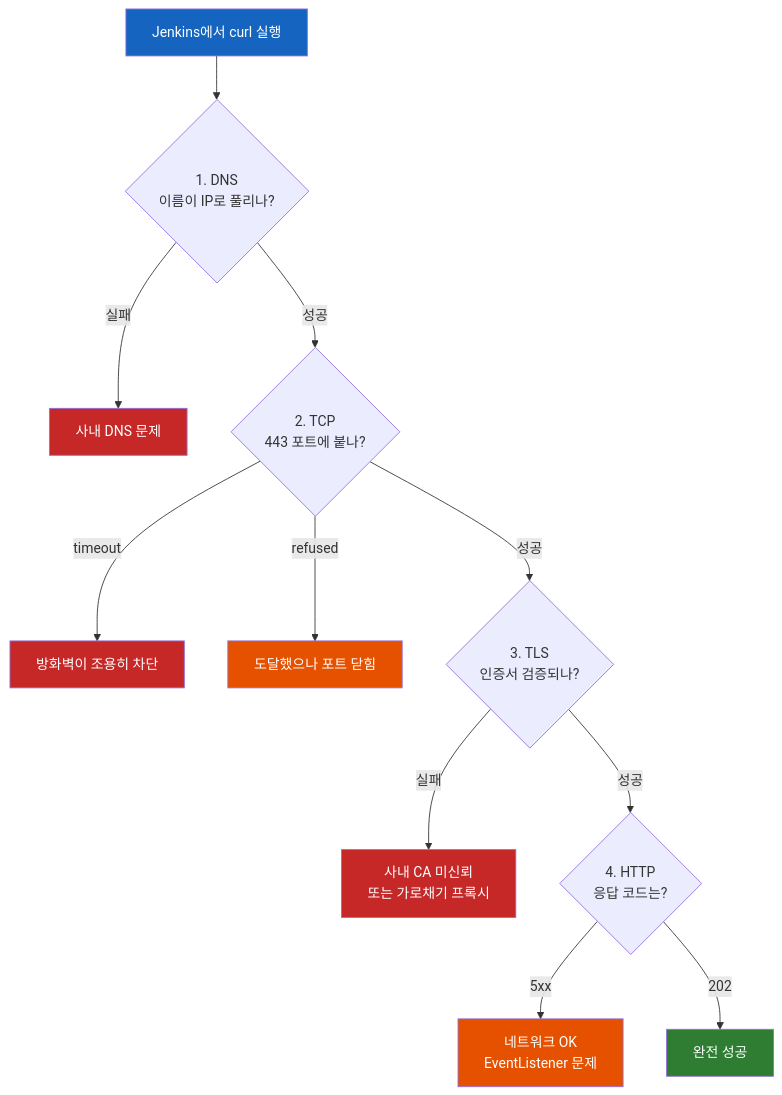
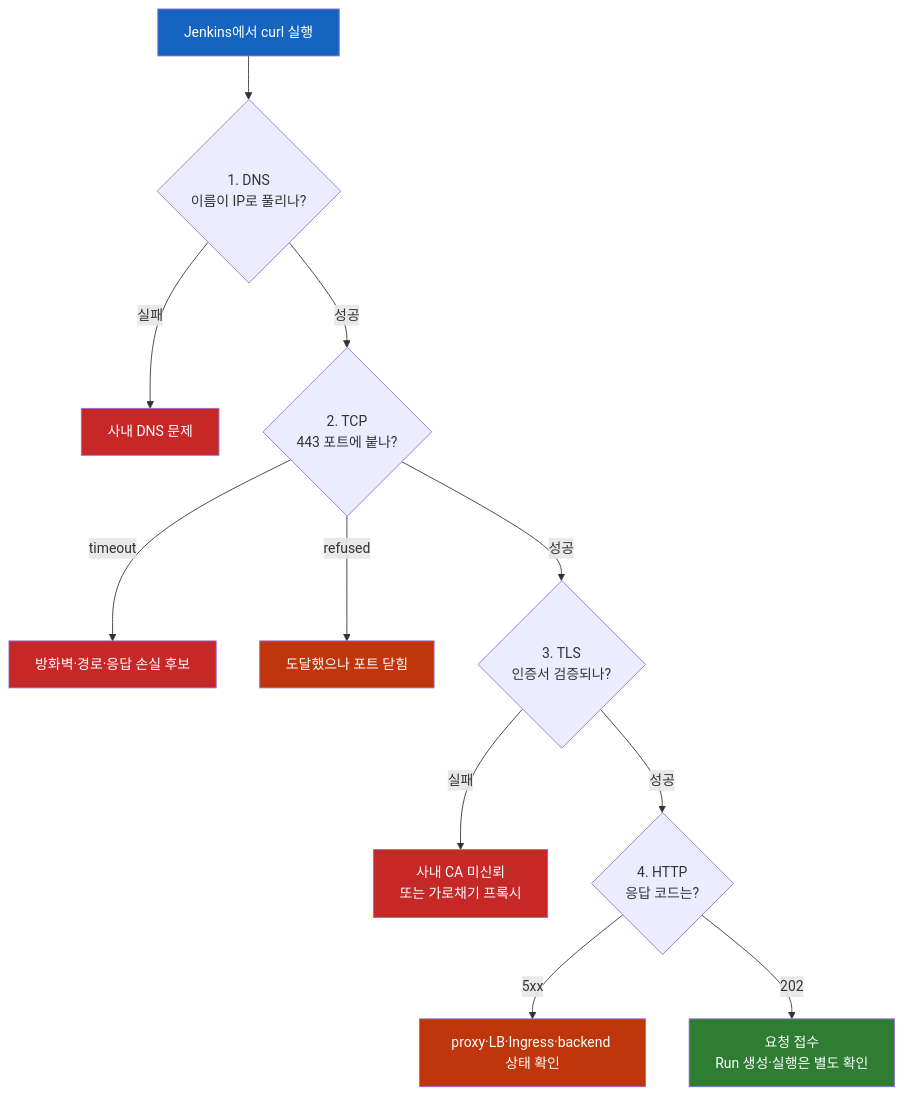
One commit to sskim91/TIL changed the second of 3 diagrams in kubernetes/Jenkins-Job에서-Tekton-EventListener로-webhook을-쏠-수-있을까.md. Above: the diagram before and after it, drawn with Mermaid. The commit also changed other lines of this file and 39 other files, not shown here.

````diff
--- a/kubernetes/Jenkins-Job에서-Tekton-EventListener로-webhook을-쏠-수-있을까.md
+++ b/kubernetes/Jenkins-Job에서-Tekton-EventListener로-webhook을-쏠-수-있을까.md
@@ -171,21 +173,21 @@
 ```mermaid
 flowchart TD
     S["Jenkins에서 curl 실행"] --> D{"1. DNS<br>이름이 IP로 풀리나?"}
     D -->|실패| DX["사내 DNS 문제"]
     D -->|성공| T{"2. TCP<br>443 포트에 붙나?"}
-    T -->|timeout| TX["방화벽이 조용히 차단"]
+    T -->|timeout| TX["방화벽·경로·응답 손실 후보"]
     T -->|refused| RX["도달했으나 포트 닫힘"]
     T -->|성공| L{"3. TLS<br>인증서 검증되나?"}
     L -->|실패| LX["사내 CA 미신뢰<br>또는 가로채기 프록시"]
     L -->|성공| H{"4. HTTP<br>응답 코드는?"}
-    H -->|5xx| HX["네트워크 OK<br>EventListener 문제"]
-    H -->|202| OK["완전 성공"]
+    H -->|5xx| HX["proxy·LB·Ingress·backend 상태 확인"]
+    H -->|202| OK["요청 접수<br>Run 생성·실행은 별도 확인"]
 
     style S fill:#1565C0,color:#fff
     style DX fill:#C62828,color:#fff
     style TX fill:#C62828,color:#fff
-    style RX fill:#E65100,color:#fff
+    style RX fill:#BF360C,color:#fff
     style LX fill:#C62828,color:#fff
-    style HX fill:#E65100,color:#fff
+    style HX fill:#BF360C,color:#fff
     style OK fill:#2E7D32,color:#fff
 ```
````
